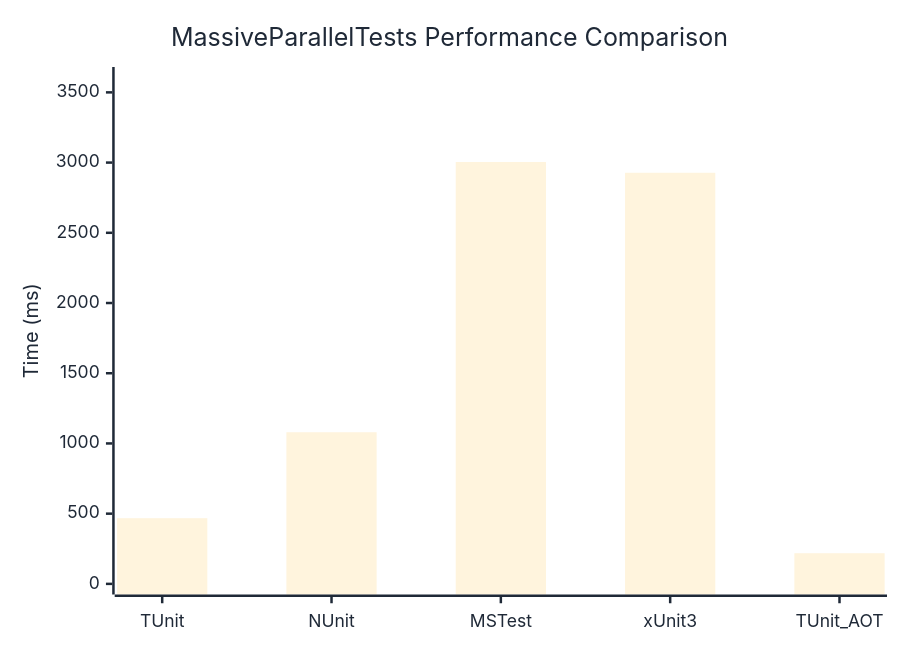
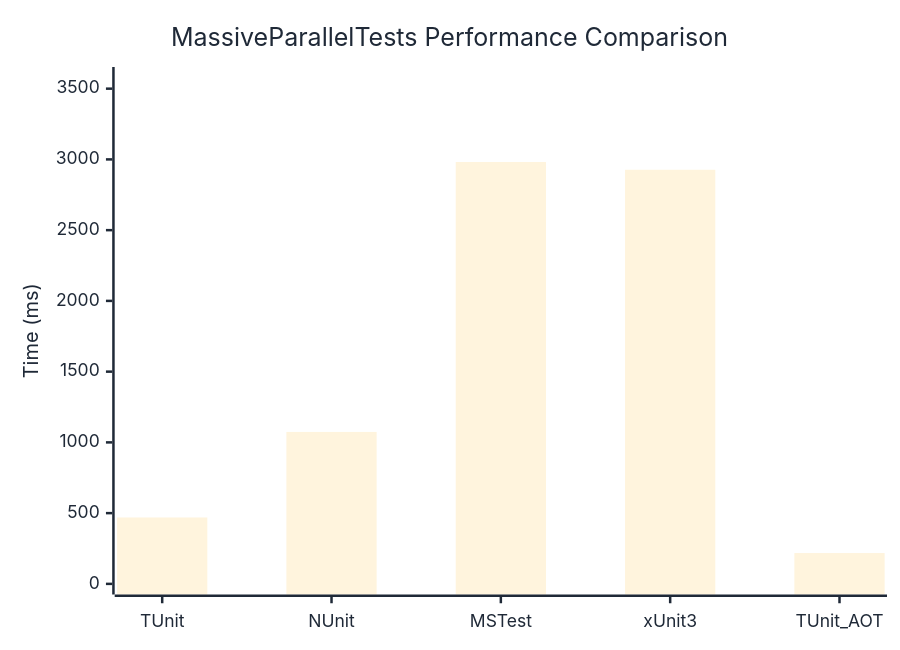
One commit to thomhurst/TUnit changed the diagram in docs/docs/benchmarks/engine/MassiveParallelTests.md. Above: the diagram before and after it, drawn with Mermaid. The commit also changed other lines of this file and 18 other files, not shown here.

````diff
--- a/docs/docs/benchmarks/engine/MassiveParallelTests.md
+++ b/docs/docs/benchmarks/engine/MassiveParallelTests.md
@@ -29,37 +29,37 @@
 ```mermaid
 %%{init: {
   'theme':'base',
   'themeVariables': {
     'primaryColor': '#2563eb',
     'primaryTextColor': '#1f2937',
     'primaryBorderColor': '#1e40af',
     'lineColor': '#6b7280',
     'secondaryColor': '#7c3aed',
     'tertiaryColor': '#dc2626',
     'background': '#ffffff',
     'mainBkg': '#2563eb',
     'secondBkg': '#7c3aed',
     'tertiaryBkg': '#dc2626',
     'clusterBkg': '#f3f4f6',
     'edgeLabelBackground': '#ffffff',
     'tertiaryTextColor': '#1f2937',
     'pie1': '#2563eb',
     'pie2': '#7c3aed',
     'pie3': '#dc2626',
     'pie4': '#f59e0b',
     'pie5': '#10b981',
     'pie6': '#06b6d4',
     'pie7': '#ec4899',
     'pie8': '#6366f1',
     'pie9': '#84cc16',
     'pie10': '#f97316',
     'pie11': '#14b8a6',
     'pie12': '#a855f7'
   }
 }}%%
 xychart-beta
   title "MassiveParallelTests Performance Comparison"
   x-axis ["TUnit", "NUnit", "MSTest", "xUnit3", "TUnit_AOT"]
-  y-axis "Time (ms)" 0 --> 3605
-  bar [467.8, 1079.8, 3004, 2927.5, 218.3]
+  y-axis "Time (ms)" 0 --> 3578
+  bar [469.3, 1073.9, 2981.5, 2926.8, 217.8]
 ```
````
